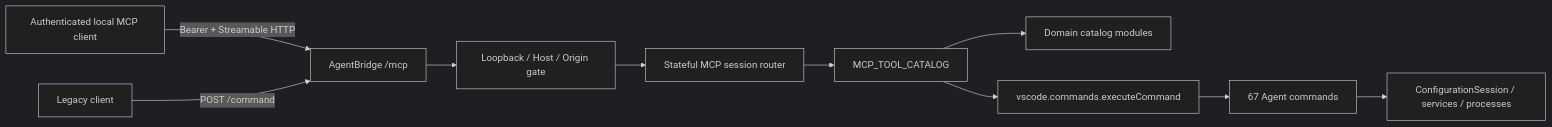
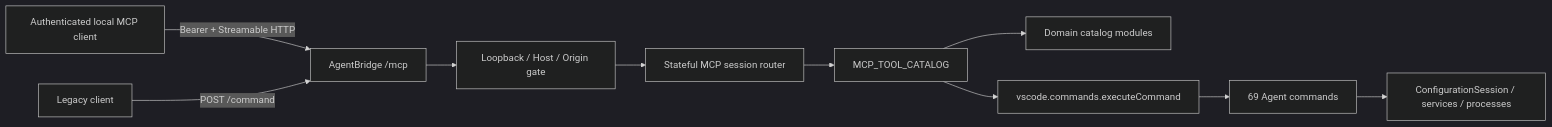
One commit to lekot/VScodePluginFor1CDev changed the diagram in docs/features/mcp-agent-adapter/design.md. Above: the diagram before and after it, drawn with Mermaid (dark theme). The commit also changed other lines of this file and 26 other files, not shown here.

````diff
--- a/docs/features/mcp-agent-adapter/design.md
+++ b/docs/features/mcp-agent-adapter/design.md
@@ -25,12 +25,12 @@
 ```mermaid
 flowchart LR
     C["Authenticated local MCP client"] -->|"Bearer + Streamable HTTP"| B["AgentBridge /mcp"]
     L["Legacy client"] -->|"POST /command"| B
     B --> G["Loopback / Host / Origin gate"]
     G --> R["Stateful MCP session router"]
     R --> K["MCP_TOOL_CATALOG"]
     K --> D["Domain catalog modules"]
     K --> V["vscode.commands.executeCommand"]
-    V --> A["67 Agent commands"]
+    V --> A["69 Agent commands"]
     A --> Q["ConfigurationSession / services / processes"]
 ```
````
